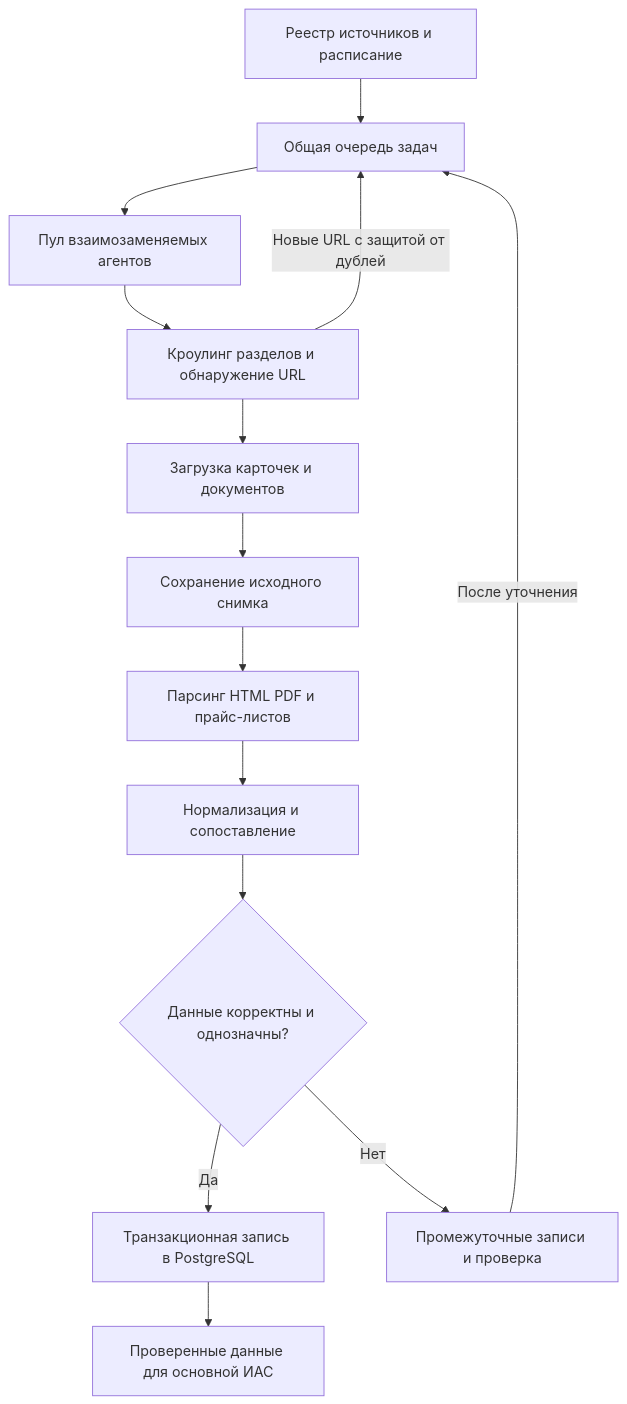
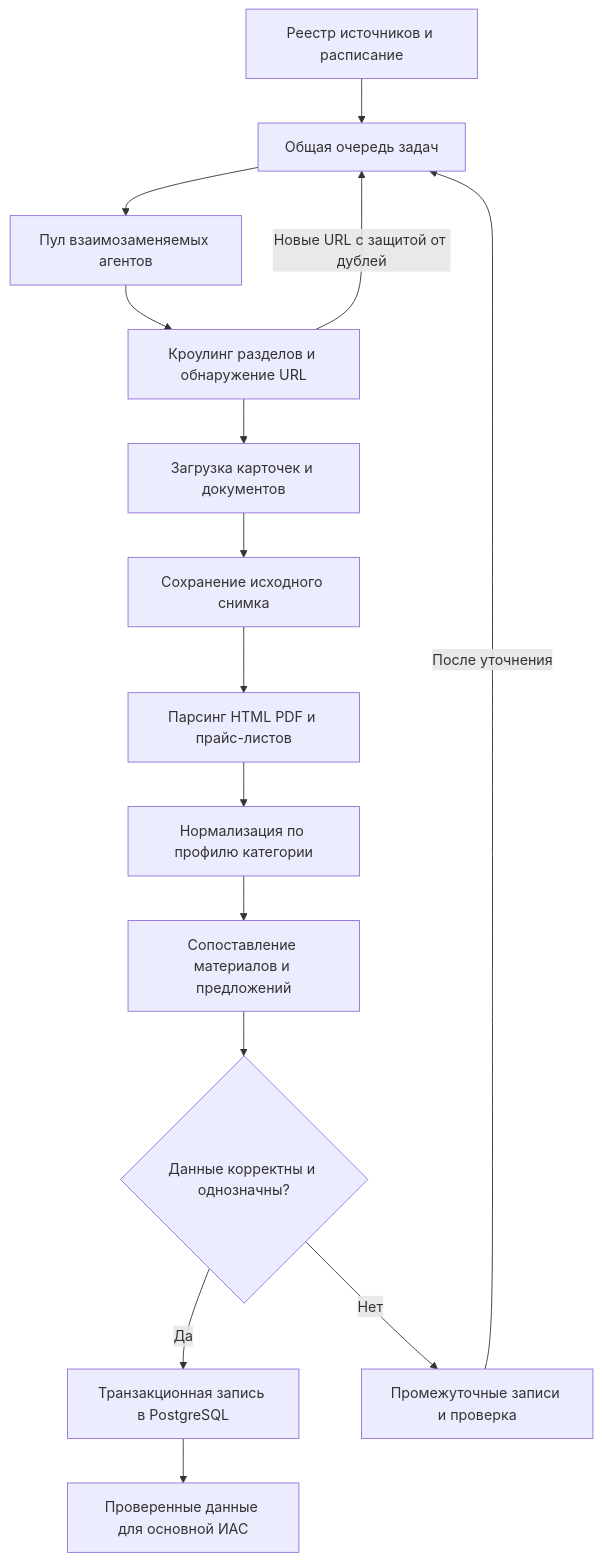
The first of 4 diagrams in README.md (Abobus42069/analysis-of-construction-materials), drawn with Mermaid before and after one commit. The commit also changed other lines of this file, not shown here.

````diff
--- a/README.md
+++ b/README.md
@@ -35,16 +63,17 @@
 ```mermaid
 flowchart TD
     A["Реестр источников и расписание"] --> Q["Общая очередь задач"]
     Q --> W["Пул взаимозаменяемых агентов"]
     W --> C["Кроулинг разделов и обнаружение URL"]
     C --> F["Загрузка карточек и документов"]
     C -->|"Новые URL с защитой от дублей"| Q
     F --> R["Сохранение исходного снимка"]
     R --> P["Парсинг HTML PDF и прайс-листов"]
-    P --> N["Нормализация и сопоставление"]
-    N --> V{"Данные корректны и однозначны?"}
+    P --> N["Нормализация по профилю категории"]
+    N --> M["Сопоставление материалов и предложений"]
+    M --> V{"Данные корректны и однозначны?"}
     V -->|"Да"| T["Транзакционная запись в PostgreSQL"]
     V -->|"Нет"| H["Промежуточные записи и проверка"]
     H -->|"После уточнения"| Q
     T --> I["Проверенные данные для основной ИАС"]
 ```
````
